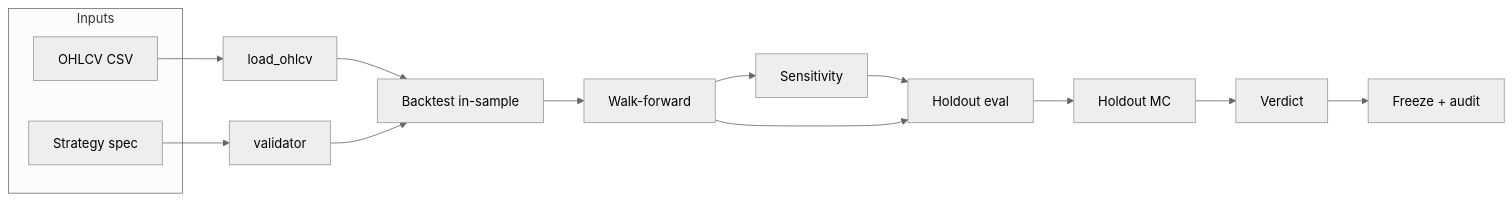
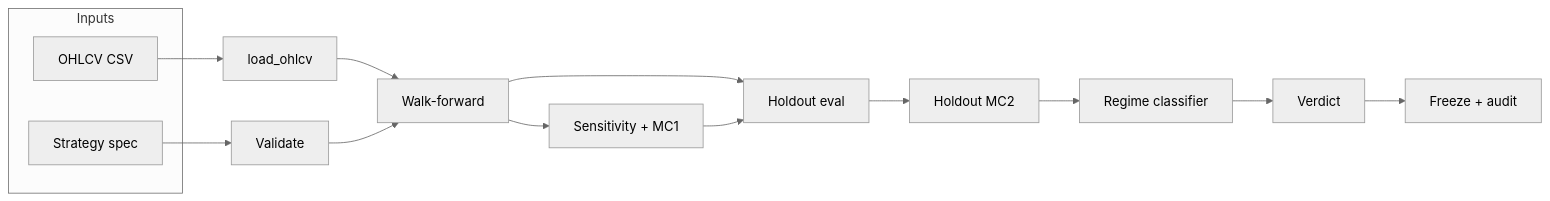
One commit to lukerborg15-coder/Topstep-Simulator changed the diagram in README.md. Above: the diagram before and after it, drawn with Mermaid (neutral theme). The commit also changed other lines of this file and 23 other files, not shown here.

Commit message:
Add monte carlo, position sizing, regime classifier; update evaluator, sensitivity, cli, tests; update README

````diff
--- a/README.md
+++ b/README.md
@@ -128,18 +70,18 @@
 ```mermaid
 flowchart LR
   subgraph inputs [Inputs]
     CSV[OHLCV CSV]
     SPEC[Strategy spec]
   end
   CSV --> L[load_ohlcv]
-  SPEC --> V[validator]
-  L --> S2[Backtest in-sample]
-  V --> S2
-  S2 --> S3[Walk-forward]
-  S3 --> S4[Sensitivity]
-  S4 --> S5[Holdout eval]
-  S3 --> S5
-  S5 --> S6[Holdout MC]
+  SPEC --> S1[Validate]
+  L --> S2[Walk-forward]
+  S1 --> S2
+  S2 --> S3[Sensitivity + MC1]
+  S2 --> S4[Holdout eval]
+  S3 --> S4
+  S4 --> S5[Holdout MC2]
+  S5 --> S6[Regime classifier]
   S6 --> S7[Verdict]
   S7 --> S8[Freeze + audit]
 ```
````
